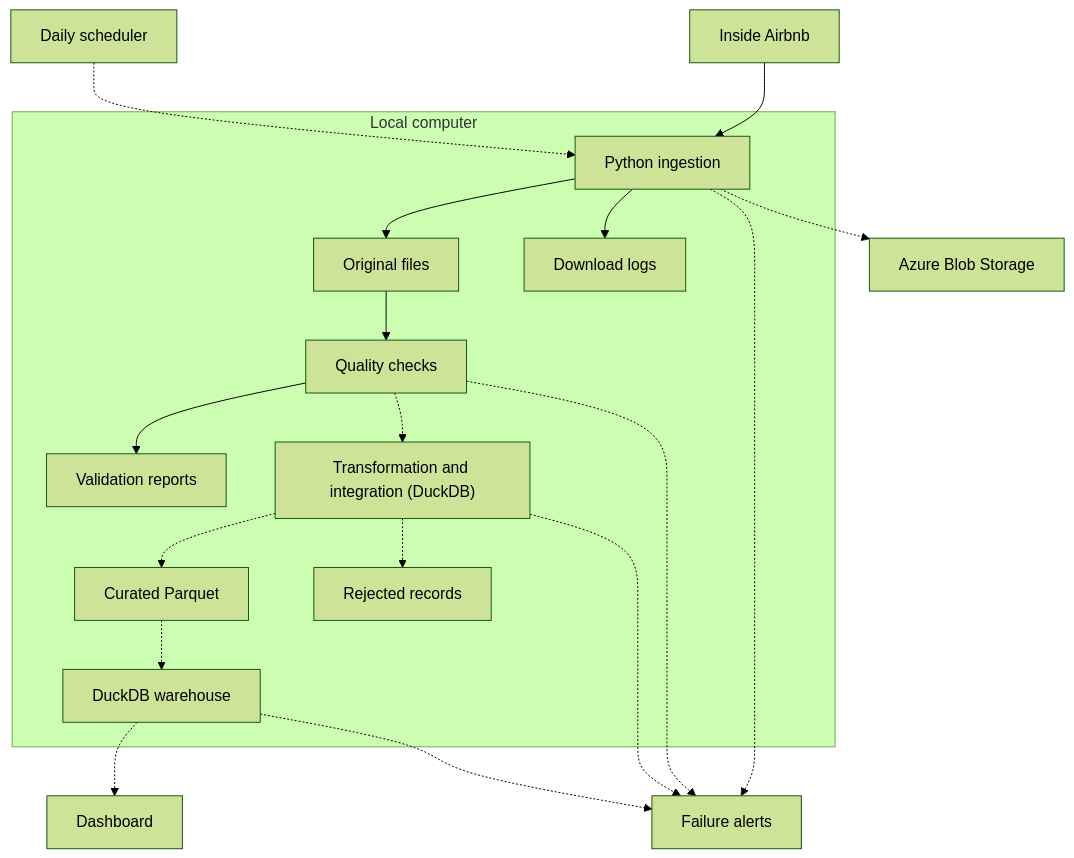
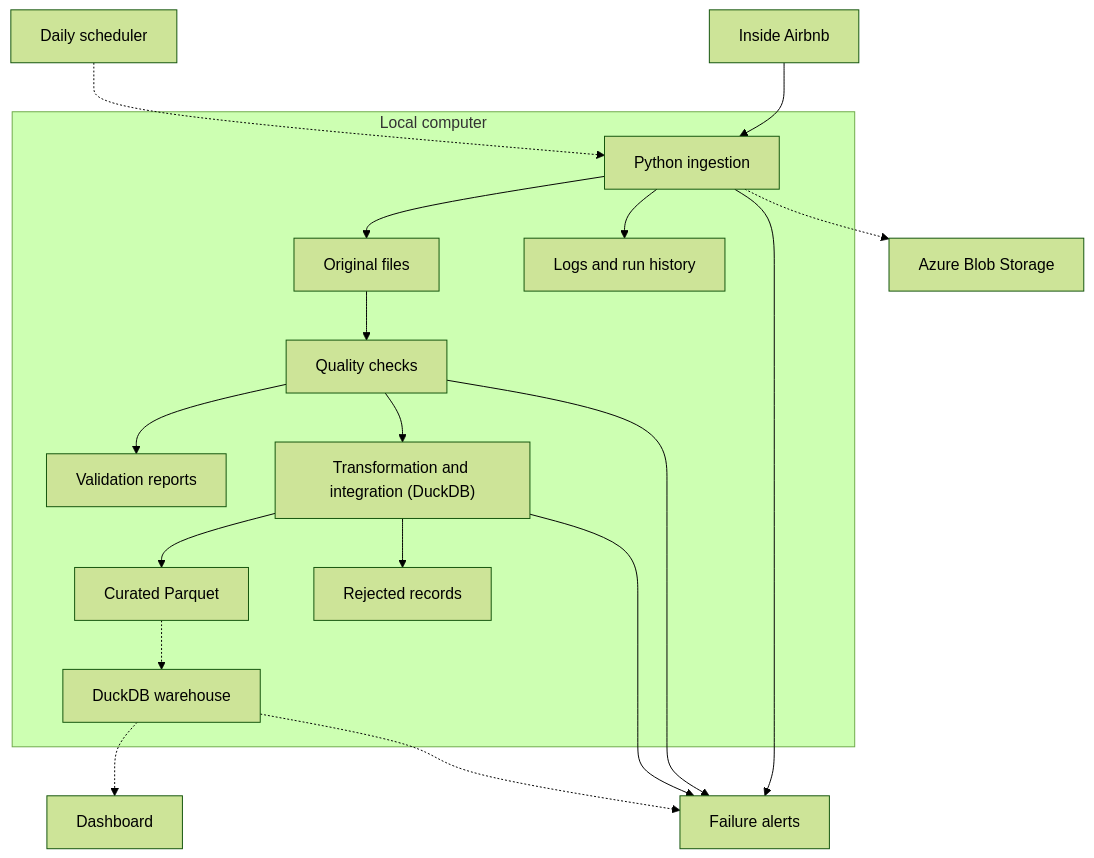
Before and after one commit to marihurtadolago/airbnb-project: the diagram in docs/architecture.md, drawn with Mermaid (forest theme). The commit also changed other lines of this file and 14 other files, not shown here.

````diff
--- a/docs/architecture.md
+++ b/docs/architecture.md
@@ -115,24 +113,24 @@
 ```mermaid
 flowchart TD
     SOURCE["Inside Airbnb"] --> INGEST["Python ingestion"]
 
     subgraph LOCAL["Local computer"]
         INGEST --> RAW["Original files"]
-        INGEST --> LOGS["Download logs"]
+        INGEST --> LOGS["Logs and run history"]
         RAW --> CHECKS["Quality checks"]
         CHECKS --> REPORTS["Validation reports"]
-        CHECKS -.-> TRANSFORM["Transformation and integration (DuckDB)"]
-        TRANSFORM -.-> PARQUET["Curated Parquet"]
-        TRANSFORM -.-> REJECTS["Rejected records"]
+        CHECKS --> TRANSFORM["Transformation and integration (DuckDB)"]
+        TRANSFORM --> PARQUET["Curated Parquet"]
+        TRANSFORM --> REJECTS["Rejected records"]
         PARQUET -.-> WAREHOUSE["DuckDB warehouse"]
     end
 
     INGEST -.-> AZURE["Azure Blob Storage"]
     SCHEDULER["Daily scheduler"] -.-> INGEST
     WAREHOUSE -.-> DASHBOARD["Dashboard"]
 
-    INGEST -.-> ALERTS["Failure alerts"]
-    CHECKS -.-> ALERTS
-    TRANSFORM -.-> ALERTS
+    INGEST --> ALERTS["Failure alerts"]
+    CHECKS --> ALERTS
+    TRANSFORM --> ALERTS
     WAREHOUSE -.-> ALERTS
 ```
````
